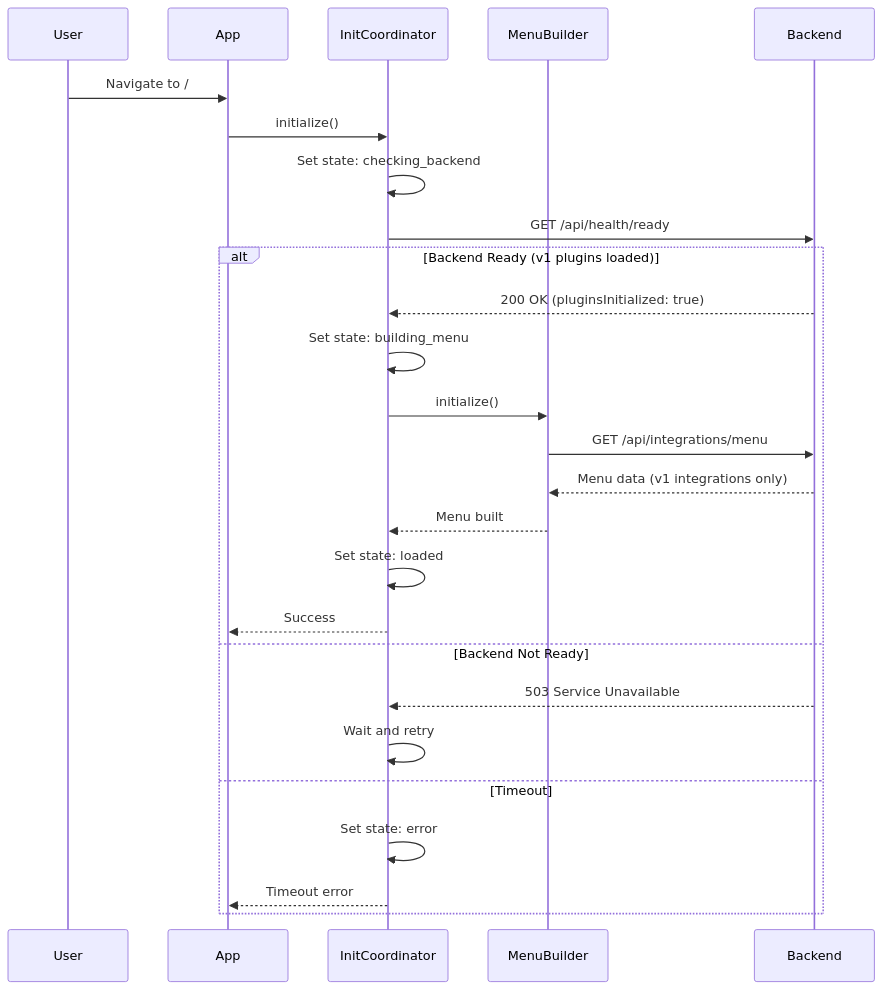
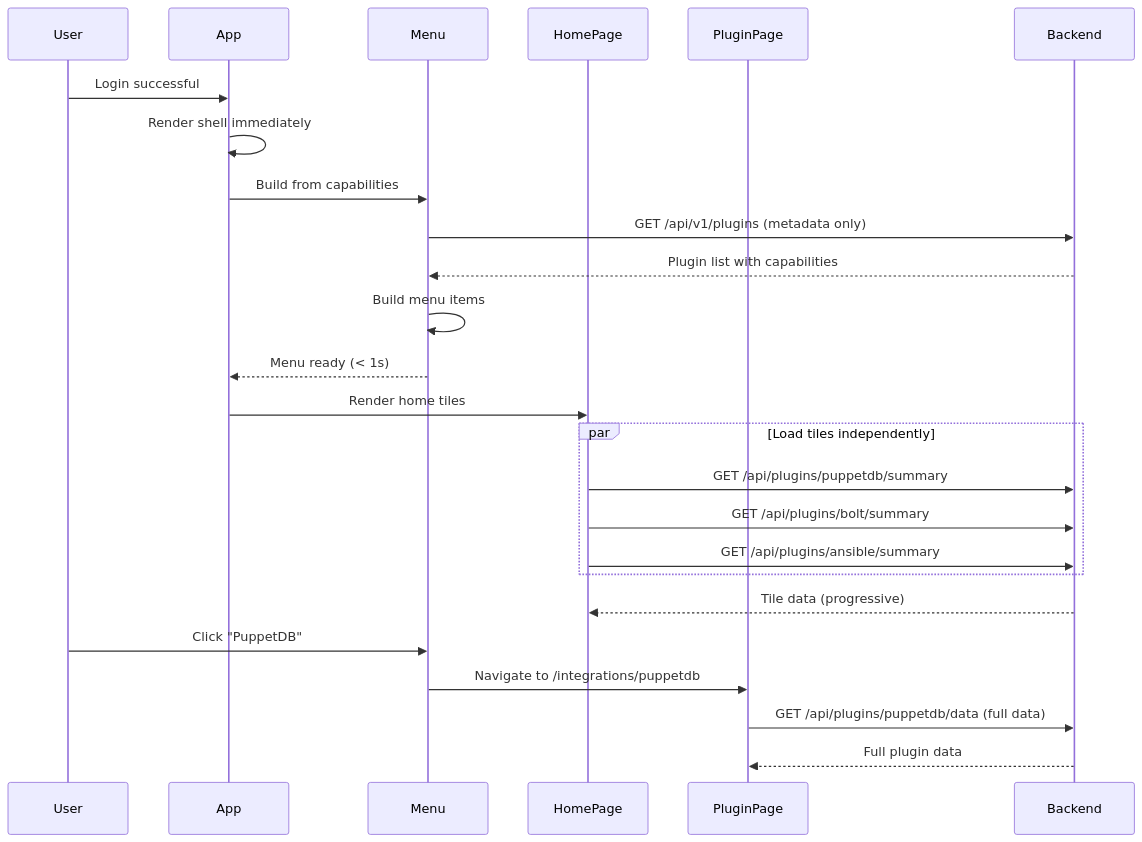
One commit to example42/pabawi changed the diagram in .kiro/specs/home-page-loading-fixes/design.md. Above: the diagram before and after it, drawn with Mermaid. The commit also changed other lines of this file and 85 other files, not shown here.

First line of the commit message:
feat(home-page-loading): implement performance monitoring and plugin capability system

````diff
--- a/.kiro/specs/home-page-loading-fixes/design.md
+++ b/.kiro/specs/home-page-loading-fixes/design.md
@@ -31,31 +36,32 @@
 ```mermaid
 sequenceDiagram
     participant User
     participant App
-    participant InitCoordinator
-    participant MenuBuilder
+    participant Menu
+    participant HomePage
+    participant PluginPage
     participant Backend
 
-    User->>App: Navigate to /
-    App->>InitCoordinator: initialize()
+    User->>App: Login successful
+    App->>App: Render shell immediately
+    App->>Menu: Build from capabilities
+    Menu->>Backend: GET /api/v1/plugins (metadata only)
+    Backend-->>Menu: Plugin list with capabilities
+    Menu->>Menu: Build menu items
+    Menu-->>App: Menu ready (< 1s)
     
-    InitCoordinator->>InitCoordinator: Set state: checking_backend
-    InitCoordinator->>Backend: GET /api/health/ready
+    App->>HomePage: Render home tiles
     
-    alt Backend Ready (v1 plugins loaded)
-        Backend-->>InitCoordinator: 200 OK (pluginsInitialized: true)
-        InitCoordinator->>InitCoordinator: Set state: building_menu
-        InitCoordinator->>MenuBuilder: initialize()
-        MenuBuilder->>Backend: GET /api/integrations/menu
-        Backend-->>MenuBuilder: Menu data (v1 integrations only)
-        MenuBuilder-->>InitCoordinator: Menu built
-        InitCoordinator->>InitCoordinator: Set state: loaded
-        InitCoordinator-->>App: Success
-    else Backend Not Ready
-        Backend-->>InitCoordinator: 503 Service Unavailable
-        InitCoordinator->>InitCoordinator: Wait and retry
-    else Timeout
-        InitCoordinator->>InitCoordinator: Set state: error
-        InitCoordinator-->>App: Timeout error
+    par Load tiles independently
+        HomePage->>Backend: GET /api/plugins/puppetdb/summary
+        HomePage->>Backend: GET /api/plugins/bolt/summary
+        HomePage->>Backend: GET /api/plugins/ansible/summary
     end
+    
+    Backend-->>HomePage: Tile data (progressive)
+    
+    User->>Menu: Click "PuppetDB"
+    Menu->>PluginPage: Navigate to /integrations/puppetdb
+    PluginPage->>Backend: GET /api/plugins/puppetdb/data (full data)
+    Backend-->>PluginPage: Full plugin data
 ```
````
